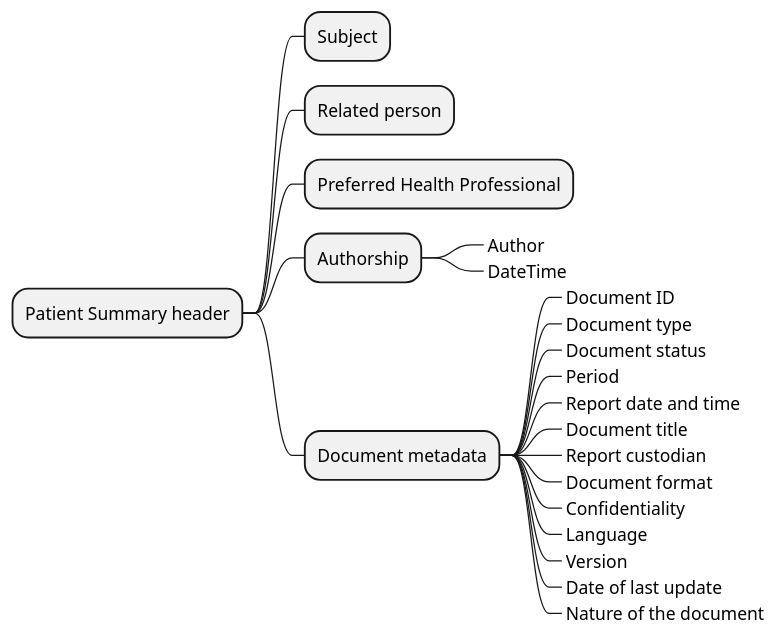
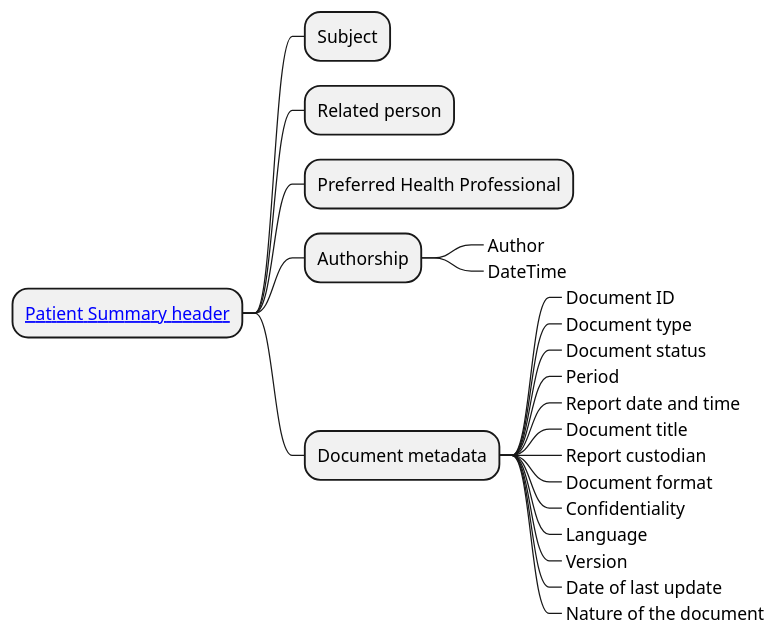
The diagram in input/images-source/psReportHdr_CIM.plantuml (Xt-EHR/xt-ehr-common), drawn with PlantUML before and after one commit. The commit also changed 12 other files, not shown here.

```diff
--- a/input/images-source/psReportHdr_CIM.plantuml
+++ b/input/images-source/psReportHdr_CIM.plantuml
@@ -1,26 +1,27 @@
 @startmindmap PatientSummaryHeader
-* Patient Summary header
+skinparam topurl StructureDefinition-
+* [[EHDSPatientSummaryHeader.html Patient Summary header]]
 ** Subject
 ** Related person
 ** Preferred Health Professional
 ** Authorship
 ***_ Author
 ***_ DateTime
 ** Document metadata
 ***_ Document ID
 ***_ Document type
 ***_ Document status
 ***_ Period
 ***_ Report date and time
 ***_ Document title
 ***_ Report custodian
 ***_ Document format
 ***_ Confidentiality
 ***_ Language
 ***_ Version
 ***_ Date of last update
 ***_ Nature of the document
 /' ** Knowledge resources
 ***_ External reference
 ***_ Related with '/
 @endmindmap
```
